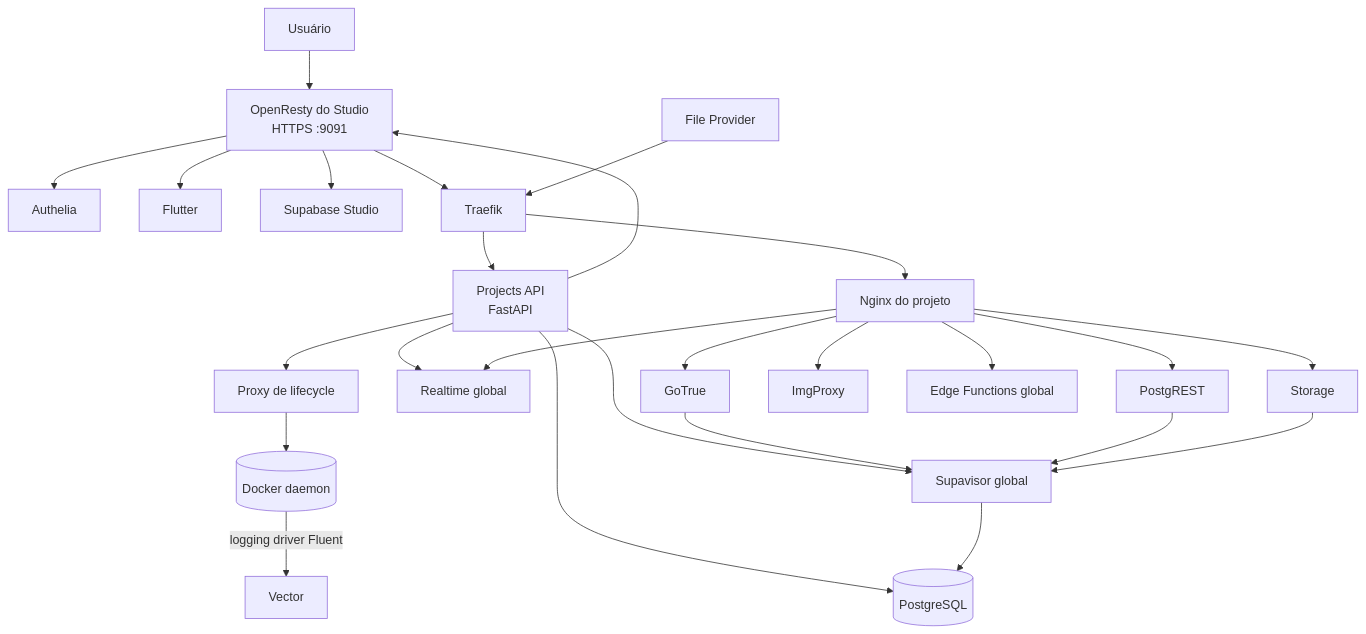
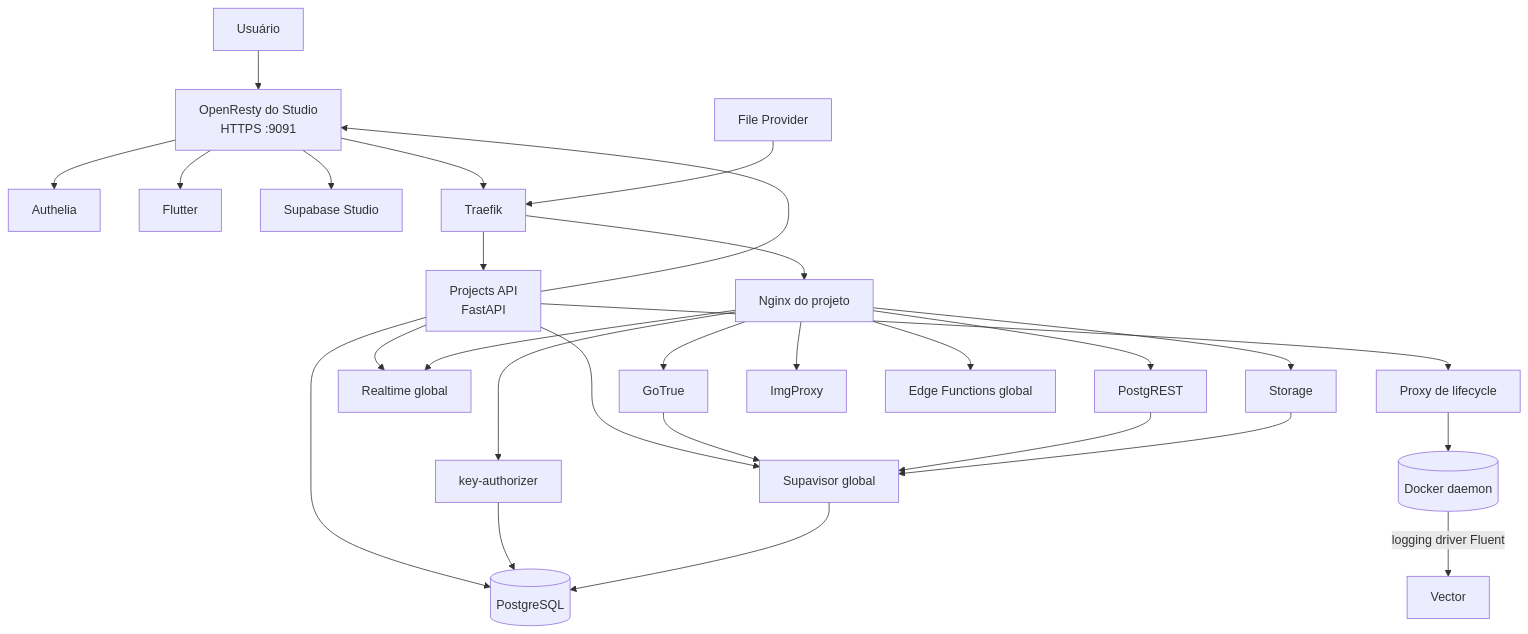
One commit to GustavoMartins123/supabase-multitenant changed the diagram in docs/00-arquitetura.md. Above: the diagram before and after it, drawn with Mermaid. The commit also changed other lines of this file and 34 other files, not shown here.

First line of the commit message:
docs(api-keys,architecture): add opaque API key slots with per-slot rotation

````diff
--- a/docs/00-arquitetura.md
+++ b/docs/00-arquitetura.md
@@ -15,33 +15,35 @@
 ```mermaid
 flowchart TB
     User[Usuário] --> StudioGateway[OpenResty do Studio\nHTTPS :9091]
     StudioGateway --> Authelia[Authelia]
     StudioGateway --> Selector[Flutter]
     StudioGateway --> Studio[Supabase Studio]
 
     StudioGateway --> Traefik[Traefik]
     Traefik --> ProjectsAPI[Projects API\nFastAPI]
     Traefik --> ProjectNginx[Nginx do projeto]
 
     ProjectsAPI --> PostgreSQL[(PostgreSQL)]
+    ProjectNginx --> KeyAuthorizer[key-authorizer]
+    KeyAuthorizer --> PostgreSQL
     ProjectsAPI --> LifecycleProxy[Proxy de lifecycle]
     LifecycleProxy --> Docker[(Docker daemon)]
     ProjectsAPI --> Realtime[Realtime global]
     ProjectsAPI --> Supavisor[Supavisor global]
     ProjectsAPI --> StudioGateway
 
     DynamicConfig[File Provider] --> Traefik
     Docker -->|logging driver Fluent| Vector[Vector]
 
     ProjectNginx --> Auth[GoTrue]
     ProjectNginx --> Rest[PostgREST]
     ProjectNginx --> Storage[Storage]
     ProjectNginx --> ImgProxy[ImgProxy]
     ProjectNginx --> Functions[Edge Functions global]
     ProjectNginx --> Realtime
 
     Auth --> Supavisor
     Rest --> Supavisor
     Storage --> Supavisor
     Supavisor --> PostgreSQL
 ```
````
